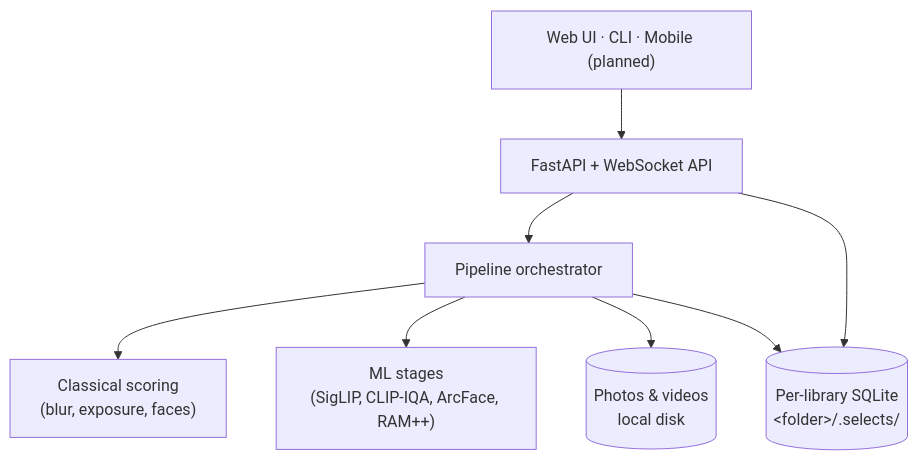
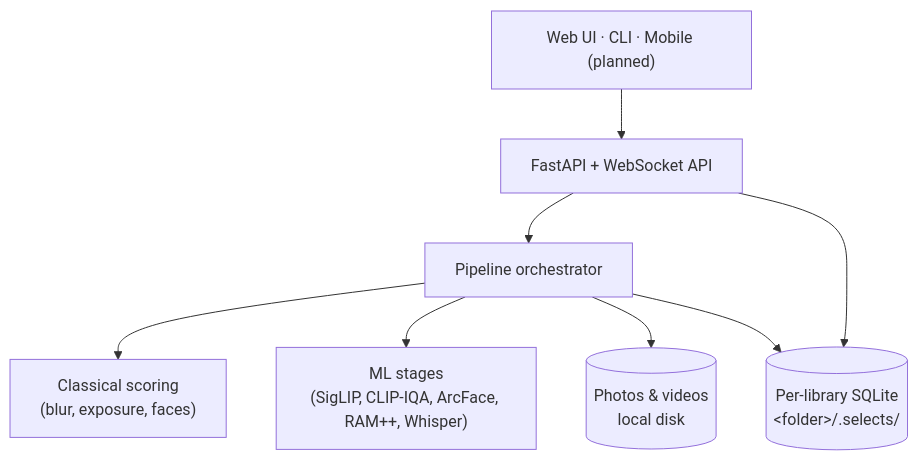
Before and after one commit to bihanikeshav/selects: the diagram in README.md, drawn with Mermaid. The commit also changed other lines of this file and 5 other files, not shown here.

````diff
--- a/README.md
+++ b/README.md
@@ -109,18 +113,18 @@
 ```mermaid
 flowchart TD
     Clients["Web UI · CLI · Mobile (planned)"]
     API["FastAPI + WebSocket API"]
     Pipeline["Pipeline orchestrator"]
     Classical["Classical scoring<br/>(blur, exposure, faces)"]
-    ML["ML stages<br/>(SigLIP, CLIP-IQA, ArcFace, RAM++)"]
+    ML["ML stages<br/>(SigLIP, CLIP-IQA, ArcFace, RAM++, Whisper)"]
     Files[("Photos & videos<br/>local disk")]
     DB[("Per-library SQLite<br/>&lt;folder&gt;/.selects/")]
 
     Clients --> API
     API --> Pipeline
     API --> DB
     Pipeline --> Classical
     Pipeline --> ML
     Pipeline --> Files
     Pipeline --> DB
 ```
````
